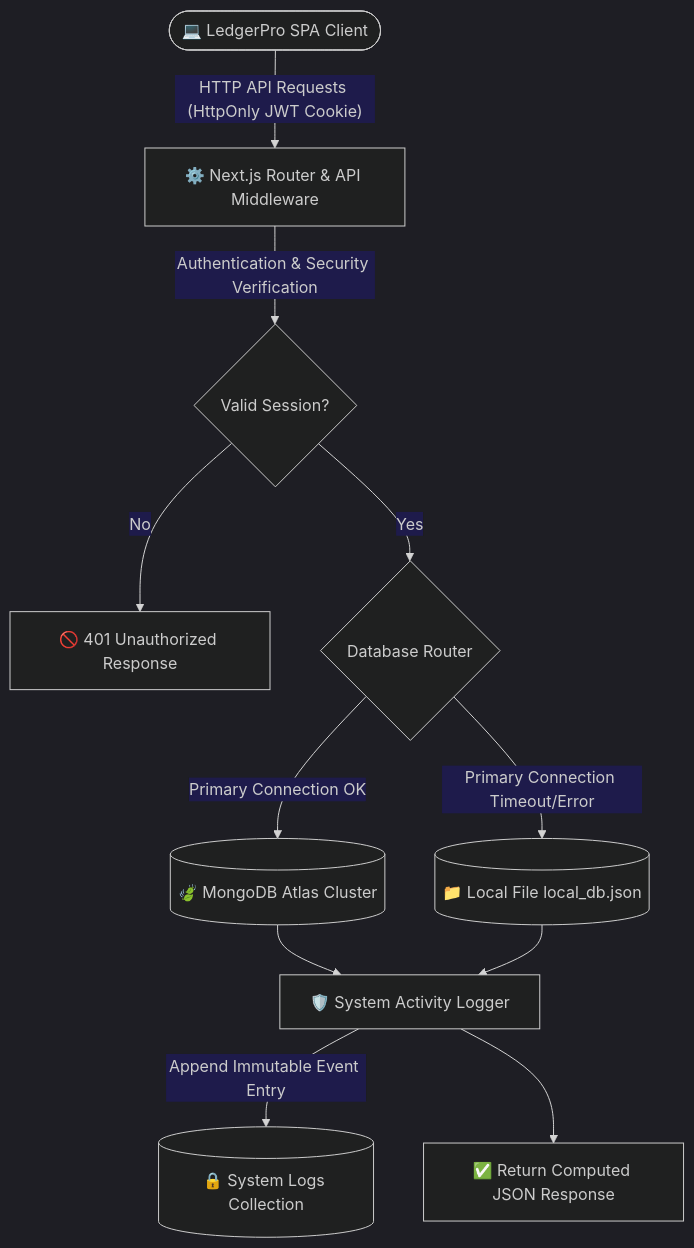
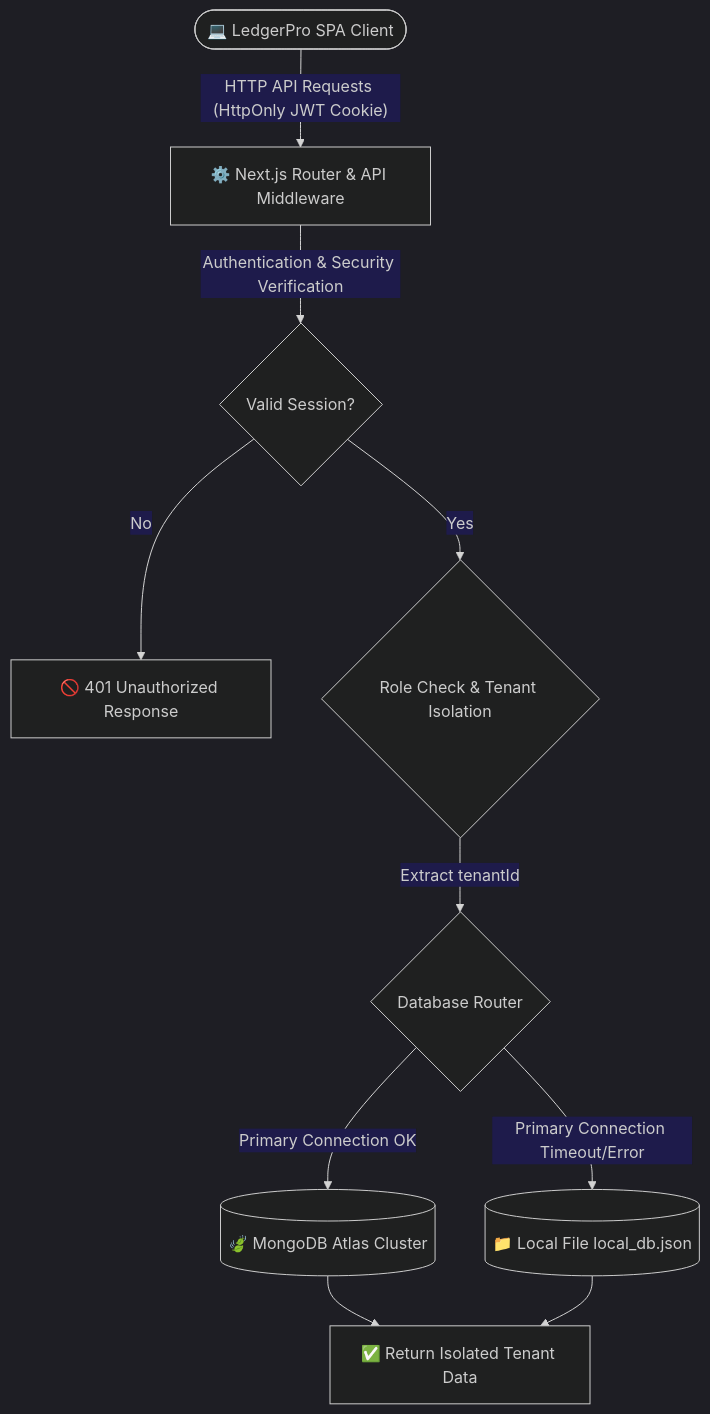
Before and after one commit to jainhardik06/ledgerpro: the diagram in README.md, drawn with Mermaid. The commit also changed other lines of this file and 15 other files, not shown here.

````diff
--- a/README.md
+++ b/README.md
@@ -59,23 +60,22 @@
 ```mermaid
 %%{init: {'theme': 'dark', 'themeVariables': { 'primaryColor': '#6366f1', 'edgeLabelBackground':'#1e1b4b', 'tertiaryColor': '#0f172a'}}}%%
 graph TD
     %% Clients
     Client([💻 LedgerPro SPA Client]) -- "HTTP API Requests (HttpOnly JWT Cookie)" --> API[⚙️ Next.js Router & API Middleware]
     
     %% Routing logic
     API -- "Authentication & Security Verification" --> Auth{Valid Session?}
     Auth -- "No" --> Unauth[🚫 401 Unauthorized Response]
-    Auth -- "Yes" --> Routing{Database Router}
+    Auth -- "Yes" --> TenantCheck{Role Check & Tenant Isolation}
+    
+    %% Data Isolation
+    TenantCheck -- "Extract tenantId" --> Routing{Database Router}
     
     %% DB Failover
     Routing -- "Primary Connection OK" --> Mongo[(🍃 MongoDB Atlas Cluster)]
     Routing -- "Primary Connection Timeout/Error" --> LocalDB[(📁 Local File local_db.json)]
     
-    %% Log triggers
-    Mongo --> LogHook[🛡️ System Activity Logger]
-    LocalDB --> LogHook
-    
     %% Output
-    LogHook -- "Append Immutable Event Entry" --> LogsStore[(🔒 System Logs Collection)]
-    LogHook --> Return[✅ Return Computed JSON Response]
+    Mongo --> Return[✅ Return Isolated Tenant Data]
+    LocalDB --> Return
 ```
````
